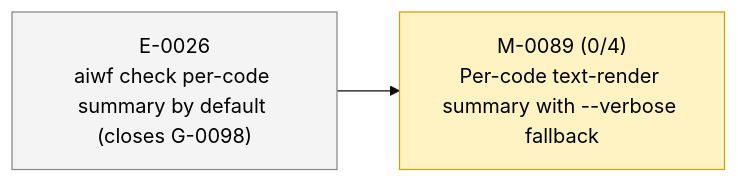
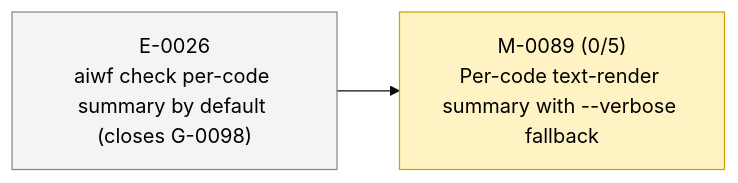
One commit to 23min/aiwf changed the second of 2 diagrams in STATUS.md. Above: the diagram before and after it, drawn with Mermaid (base theme). The commit also changed other lines of this file and 1 other file, not shown here.

First line of the commit message:
aiwf add ac M-0089/AC-5 "aiwf check --help documents --verbose"

````diff
--- a/STATUS.md
+++ b/STATUS.md
@@ -51,12 +51,12 @@
 ```mermaid
 flowchart LR
   E_0026["E-0026<br/>aiwf check per-code summary by default (closes G-0098)"]:::epic_proposed
-  M_0089["M-0089 (0/4)<br/>Per-code text-render summary with --verbose fallback"]:::ms_in_progress
+  M_0089["M-0089 (0/5)<br/>Per-code text-render summary with --verbose fallback"]:::ms_in_progress
   E_0026 --> M_0089
   classDef epic_active fill:#d6eaff,stroke:#1a73e8,color:#000
   classDef epic_proposed fill:#f4f4f4,stroke:#888,color:#000
   classDef ms_done fill:#d8f5d8,stroke:#2a8a2a,color:#000
   classDef ms_in_progress fill:#fff3c4,stroke:#caa400,color:#000
   classDef ms_draft fill:#f4f4f4,stroke:#888,color:#000
   classDef ms_cancelled fill:#fbeaea,stroke:#c33,color:#000
 ```
````
